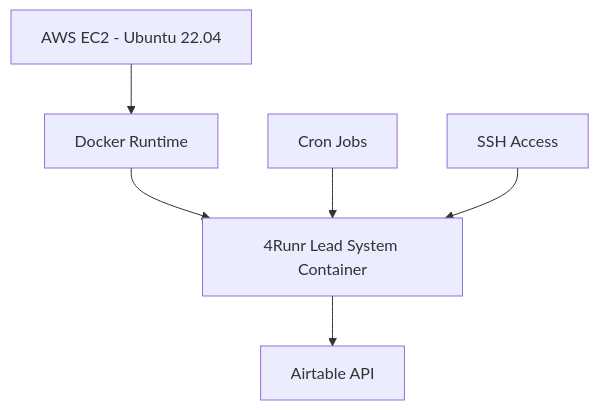
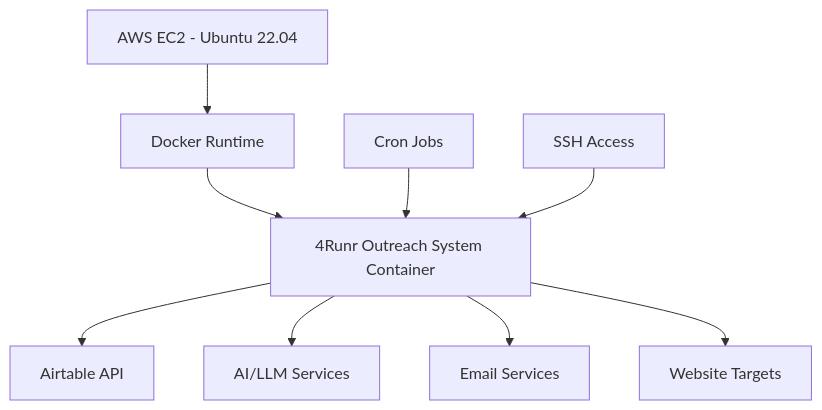
Before and after one commit to KyanBergeron4Runr/4Runr-AI-Lead-System: the second of 2 diagrams in .kiro/specs/4runr-lead-system/design.md, drawn with Mermaid. The commit also changed other lines of this file and 464 other files, not shown here.

````diff
--- a/.kiro/specs/4runr-lead-system/design.md
+++ b/.kiro/specs/4runr-lead-system/design.md
@@ -158,8 +319,11 @@
 ```mermaid
 graph TD
     A[AWS EC2 - Ubuntu 22.04] --> B[Docker Runtime]
-    B --> C[4Runr Lead System Container]
+    B --> C[4Runr Outreach System Container]
     D[Cron Jobs] --> C
     E[SSH Access] --> C
     C --> F[Airtable API]
+    C --> G[AI/LLM Services]
+    C --> H[Email Services]
+    C --> I[Website Targets]
 ```
````
